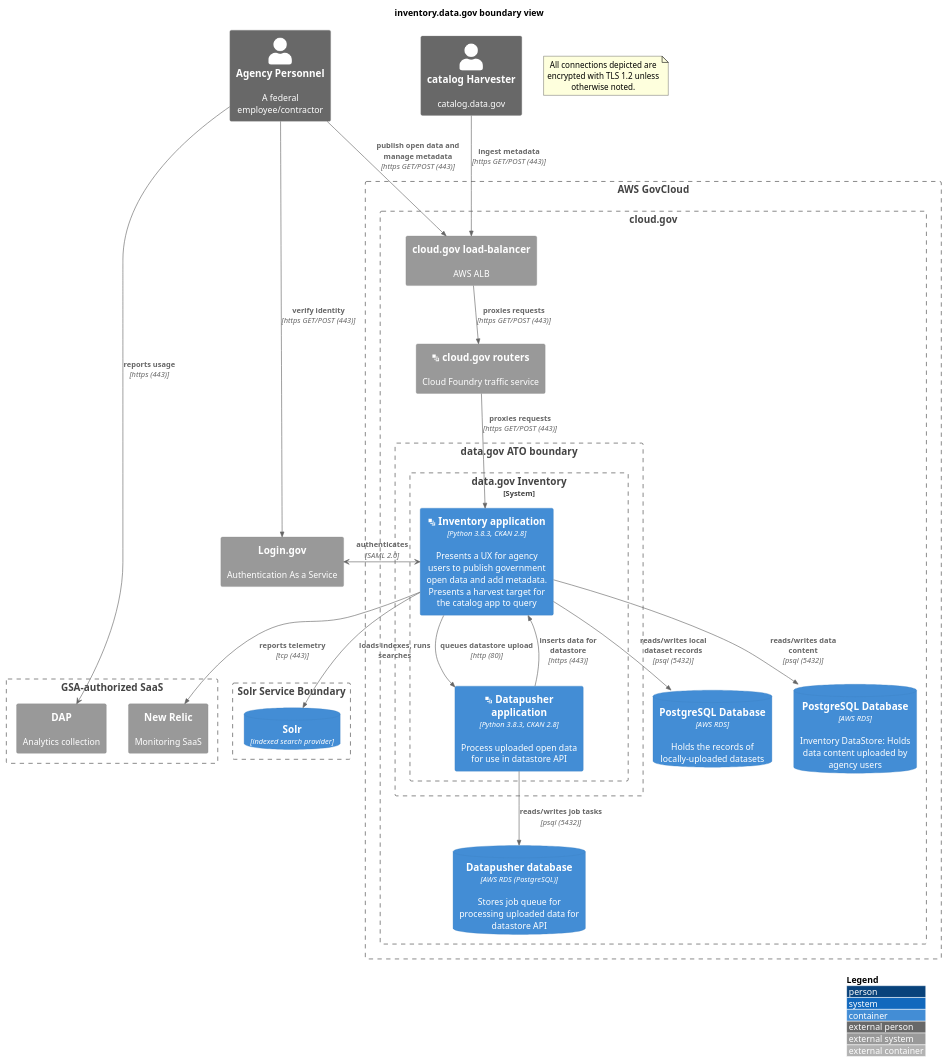
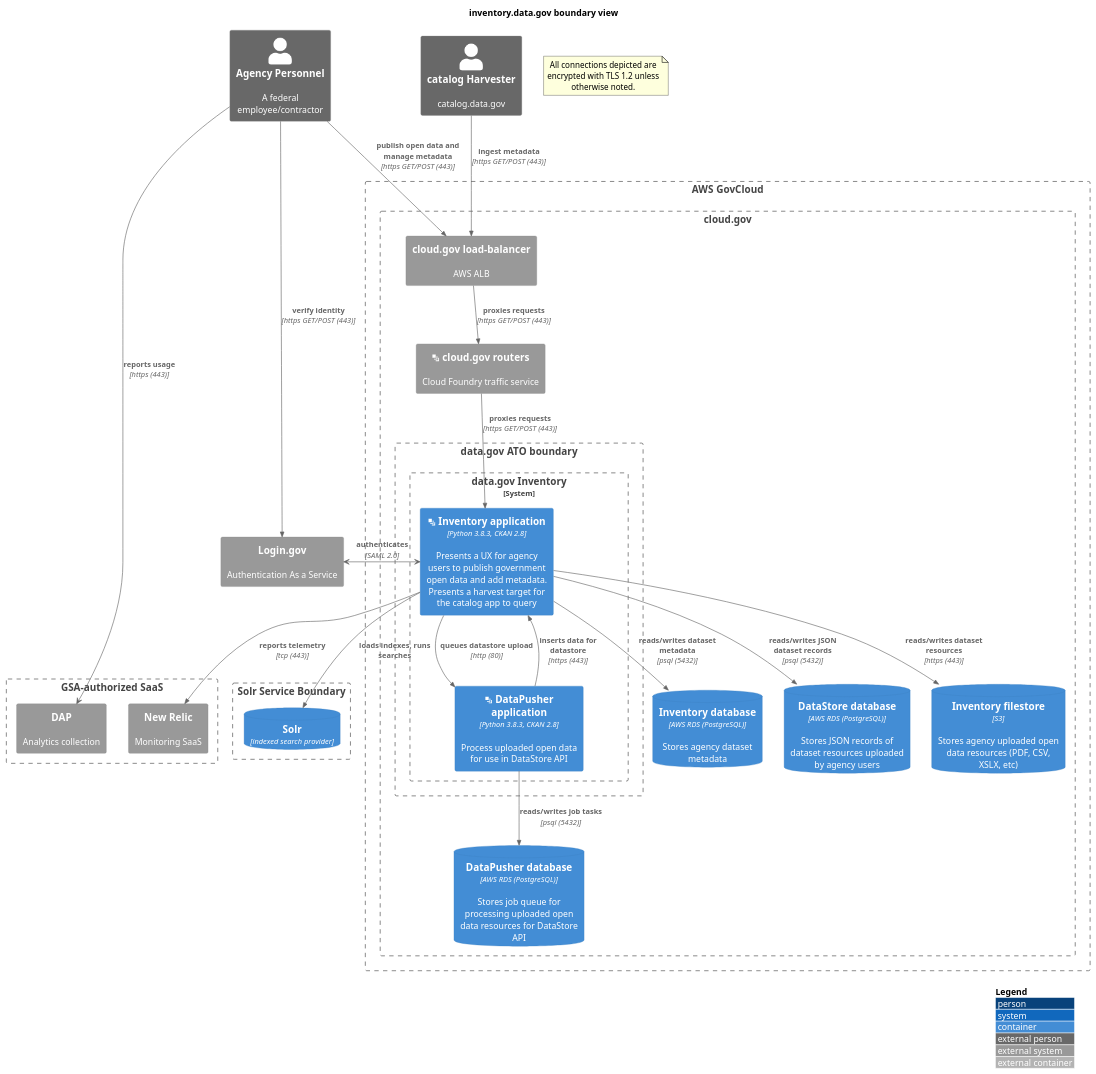
Before and after one commit to GSA/datagov-compliance: the diagram in inventory.md, drawn with PlantUML.

Commit message:
[inventory] clarify datapusher, datastore, s3

````diff
--- a/inventory.md
+++ b/inventory.md
@@ -3,52 +3,54 @@
 ```plantuml
 @startuml
 !include https://raw.githubusercontent.com/plantuml-stdlib/C4-PlantUML/master/C4_Container.puml
 ' uncomment the following line and comment the first to use locally
 ' !include C4_Container.puml
 LAYOUT_WITH_LEGEND()
 title inventory.data.gov boundary view
 Person_Ext(personnel, "Agency Personnel", "A federal employee/contractor")
 Person_Ext(harvester, "catalog Harvester", "catalog.data.gov")
 note as EncryptionNote
 All connections depicted are encrypted with TLS 1.2 unless otherwise noted.
 end note
 Boundary(aws, "AWS GovCloud") {
     Boundary(cloudgov, "cloud.gov") {
         System_Ext(aws_alb, "cloud.gov load-balancer", "AWS ALB")
         System_Ext(cloudgov_router, "<&layers> cloud.gov routers", "Cloud Foundry traffic service")
         Boundary(atob, "data.gov ATO boundary") {
             System_Boundary(inventory, "data.gov Inventory") {
                 Container(inventory_app, "<&layers> Inventory application", "Python 3.8.3, CKAN 2.8", "Presents a UX for agency users to publish government open data and add metadata. Presents a harvest target for the catalog app to query")
-                Container(datapusher_app, "<&layers> Datapusher application", "Python 3.8.3, CKAN 2.8", "Process uploaded open data for use in datastore API")
+                Container(datapusher_app, "<&layers> DataPusher application", "Python 3.8.3, CKAN 2.8", "Process uploaded open data for use in DataStore API")
             }
         }
-        ContainerDb(inventory_db, "PostgreSQL Database", "AWS RDS", "Holds the records of locally-uploaded datasets")
-        ContainerDb(inventory_s3, "PostgreSQL Database", "AWS RDS", "Inventory DataStore: Holds data content uploaded by agency users")
-        ContainerDb(datapusher_db, "Datapusher database", "AWS RDS (PostgreSQL)", "Stores job queue for processing uploaded data for datastore API")
+        ContainerDb(datapusher_db, "DataPusher database", "AWS RDS (PostgreSQL)", "Stores job queue for processing uploaded open data resources for DataStore API")
+        ContainerDb(inventory_db, "Inventory database", "AWS RDS (PostgreSQL)", "Stores agency dataset metadata")
+        ContainerDb(datastore_db, "DataStore database", "AWS RDS (PostgreSQL)", "Stores JSON records of dataset resources uploaded by agency users")
+        ContainerDb(inventory_s3, "Inventory filestore", "S3", "Stores agency uploaded open data resources (PDF, CSV, XSLX, etc)")
     }
 }
 System_Ext(Login.gov, "Login.gov", "Authentication As a Service")
 Boundary(gsa_saas, "GSA-authorized SaaS") {
     System_Ext(dap, "DAP", "Analytics collection")
     System_Ext(newrelic, "New Relic", "Monitoring SaaS")
 }
 personnel -> dap : **reports usage** \n//[https (443)]//
 Rel(inventory_app, newrelic, "reports telemetry", "tcp (443)")
 Rel(inventory_app, datapusher_app, "queues datastore upload", "http (80)")
 Rel(datapusher_app, inventory_app, "inserts data for datastore", "https (443)")
 Rel(personnel, aws_alb, "publish open data and manage metadata", "https GET/POST (443)")
 Rel(harvester, aws_alb, "ingest metadata", "https GET/POST (443)")
 Rel(aws_alb, cloudgov_router, "proxies requests", "https GET/POST (443)")
 Rel(cloudgov_router, inventory_app, "proxies requests", "https GET/POST (443)")
 inventory_app <-> Login.gov : **authenticates** \n//[SAML 2.0]//
 'Rel(inventory_app, Login.gov, "authenticates", "SAML 2.0")
 Rel(personnel, Login.gov, "verify identity", "https GET/POST (443)")
-Rel(inventory_app, inventory_db, "reads/writes local dataset records", "psql (5432)")
-Rel(inventory_app, inventory_s3, "reads/writes data content", "psql (5432)")
+Rel(inventory_app, inventory_db, "reads/writes dataset metadata", "psql (5432)")
+Rel(inventory_app, datastore_db, "reads/writes JSON dataset records", "psql (5432)")
+Rel(inventory_app, inventory_s3, "reads/writes dataset resources", "https (443)")
 Rel(datapusher_app, datapusher_db, "reads/writes job tasks", "psql (5432)")
 Boundary(solrb, "Solr Service Boundary") {
     ContainerDb(solr, "Solr", "indexed search provider")
 }
 Rel(inventory_app, solr, "loads indexes, runs searches")
 @enduml
 ```
````
